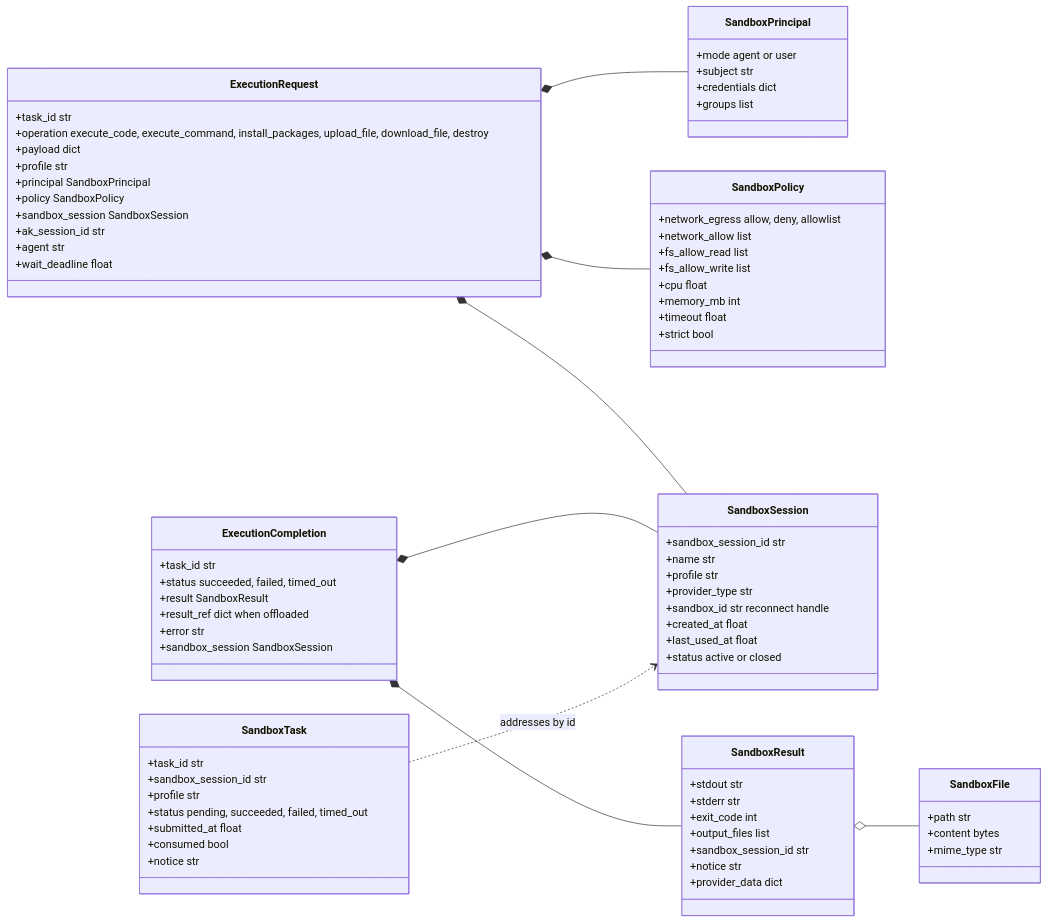
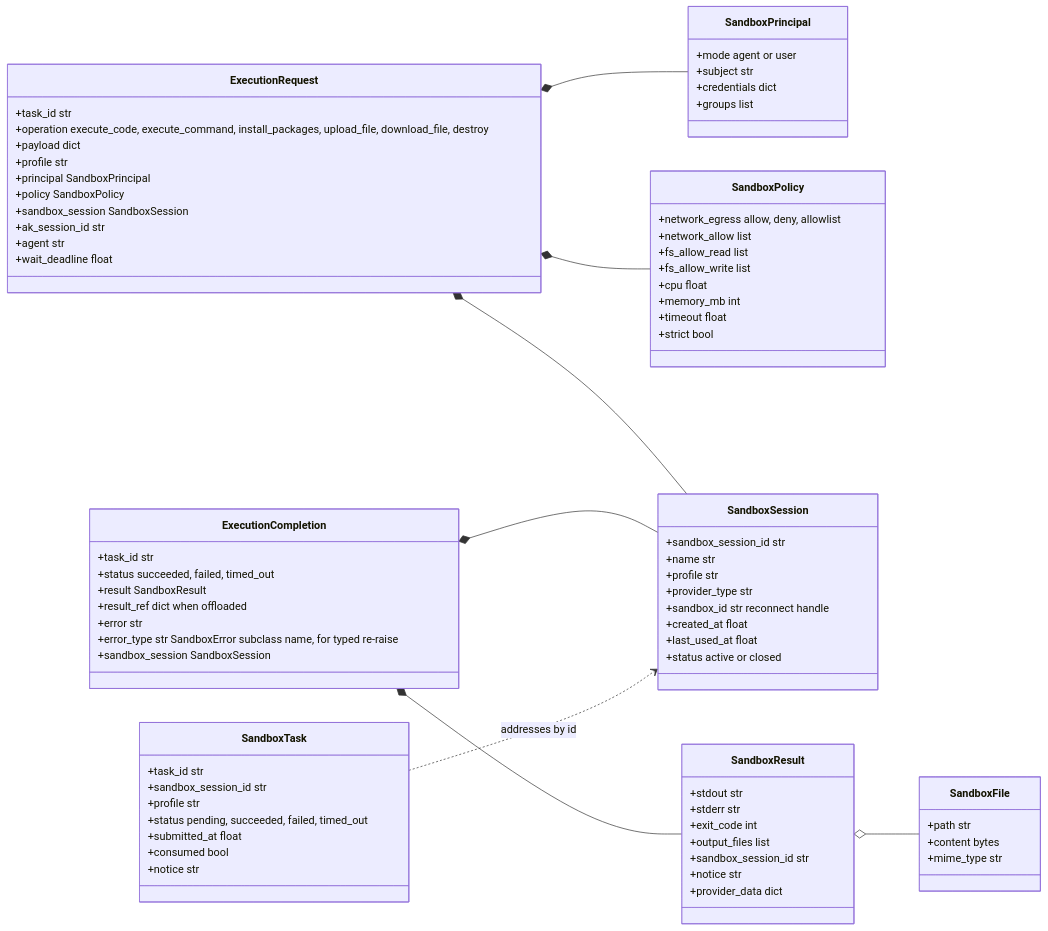
One commit to yaalalabs/agent-kernel changed the fourth of 9 diagrams in docs/docs/architecture/sandbox-internals.md. Above: the diagram before and after it, drawn with Mermaid. The commit also changed other lines of this file, not shown here.

````diff
--- a/docs/docs/architecture/sandbox-internals.md
+++ b/docs/docs/architecture/sandbox-internals.md
@@ -251,81 +270,82 @@
 ```mermaid
 classDiagram
     direction LR
     class ExecutionRequest {
         +task_id str
         +operation execute_code, execute_command, install_packages, upload_file, download_file, destroy
         +payload dict
         +profile str
         +principal SandboxPrincipal
         +policy SandboxPolicy
         +sandbox_session SandboxSession
         +ak_session_id str
         +agent str
         +wait_deadline float
     }
     class ExecutionCompletion {
         +task_id str
         +status succeeded, failed, timed_out
         +result SandboxResult
         +result_ref dict when offloaded
         +error str
+        +error_type str SandboxError subclass name, for typed re-raise
         +sandbox_session SandboxSession
     }
     class SandboxPrincipal {
         +mode agent or user
         +subject str
         +credentials dict
         +groups list
     }
     class SandboxPolicy {
         +network_egress allow, deny, allowlist
         +network_allow list
         +fs_allow_read list
         +fs_allow_write list
         +cpu float
         +memory_mb int
         +timeout float
         +strict bool
     }
     class SandboxSession {
         +sandbox_session_id str
         +name str
         +profile str
         +provider_type str
         +sandbox_id str reconnect handle
         +created_at float
         +last_used_at float
         +status active or closed
     }
     class SandboxTask {
         +task_id str
         +sandbox_session_id str
         +profile str
         +status pending, succeeded, failed, timed_out
         +submitted_at float
         +consumed bool
         +notice str
     }
     class SandboxResult {
         +stdout str
         +stderr str
         +exit_code int
         +output_files list
         +sandbox_session_id str
         +notice str
         +provider_data dict
     }
     class SandboxFile {
         +path str
         +content bytes
         +mime_type str
     }
 
     ExecutionRequest *-- SandboxPrincipal
     ExecutionRequest *-- SandboxPolicy
     ExecutionRequest *-- SandboxSession
     ExecutionCompletion *-- SandboxResult
     ExecutionCompletion *-- SandboxSession
     SandboxResult o-- SandboxFile
     SandboxTask ..> SandboxSession : addresses by id
 ```
````
